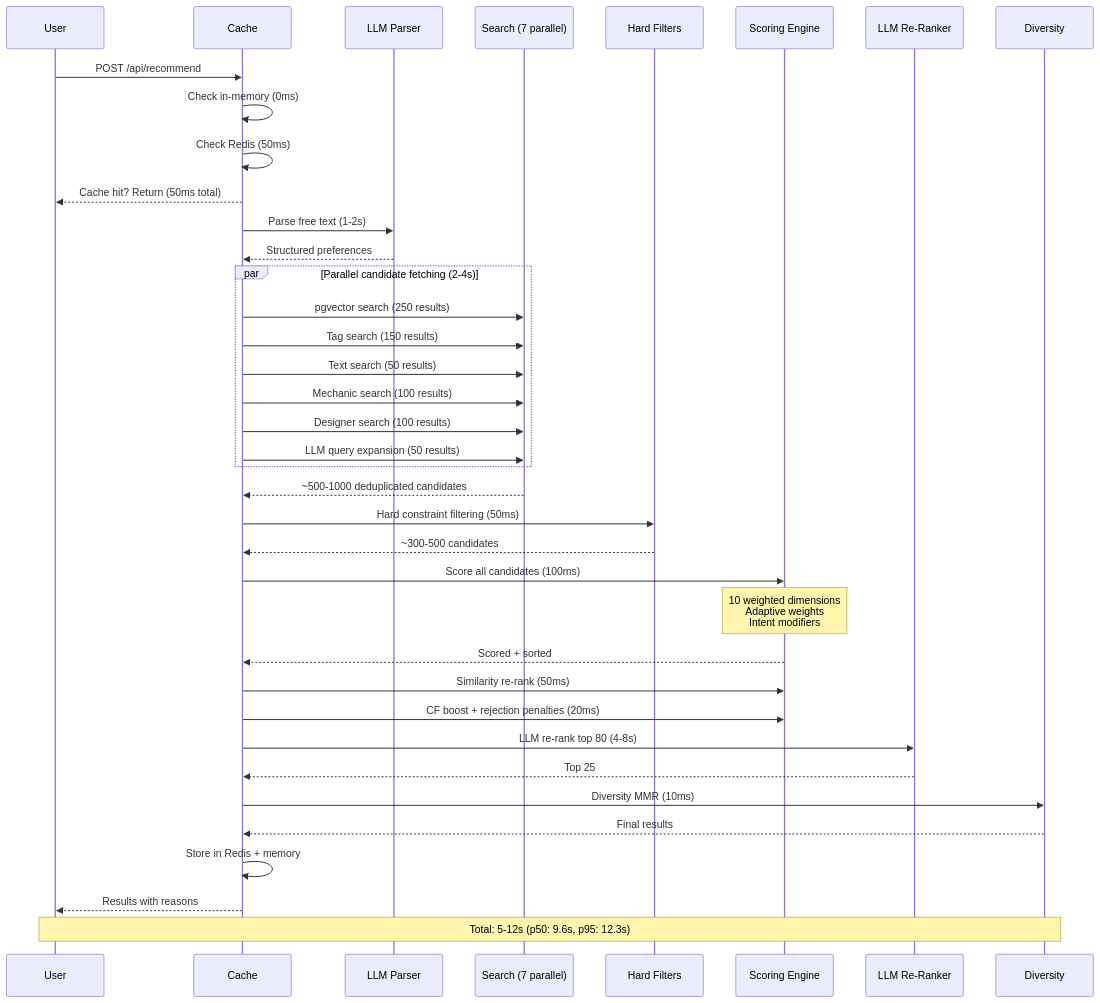
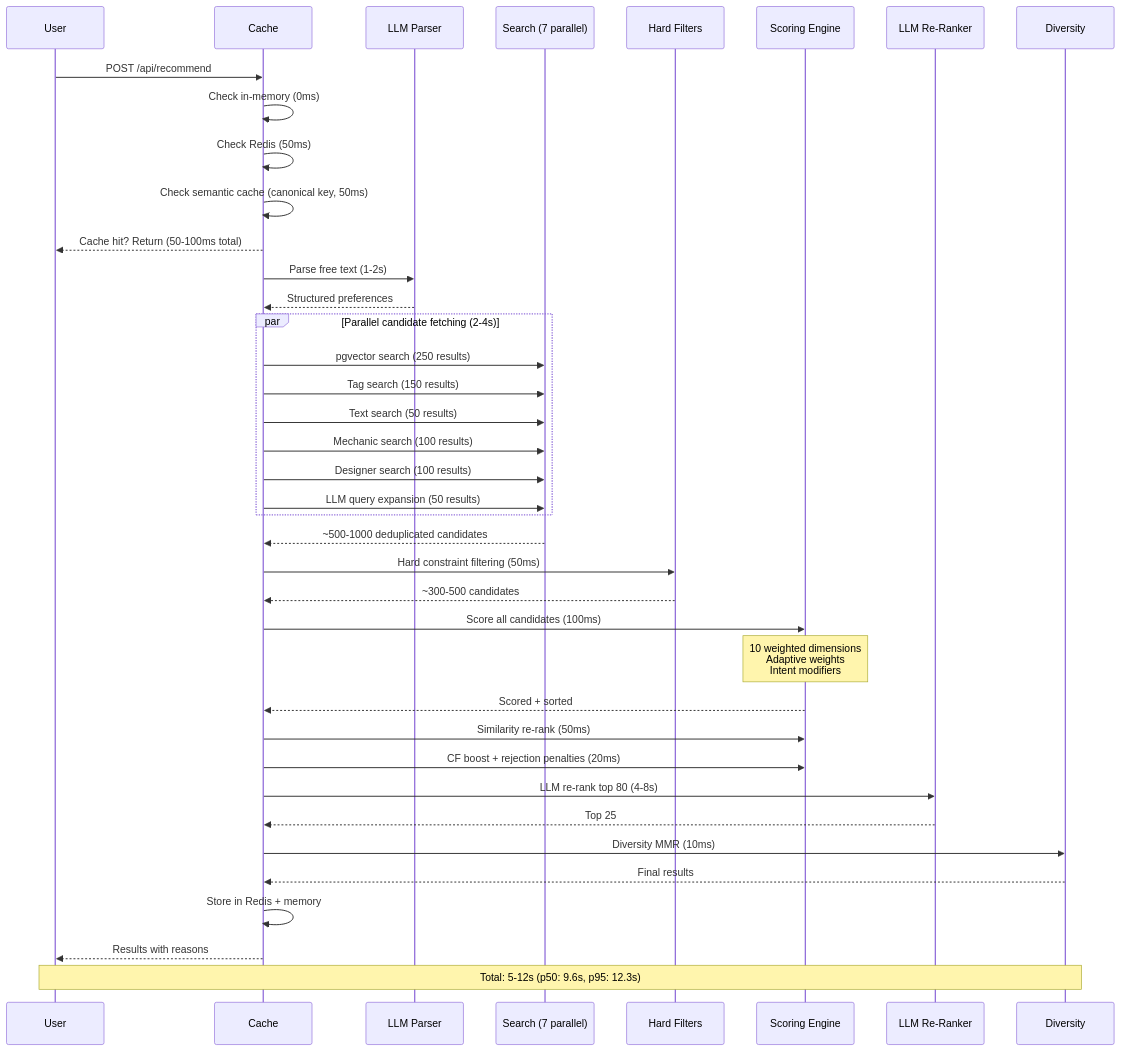
Before and after one commit to stopitdan/recommendagame: the second of 11 diagrams in docs/HACKMD-REVIEW.md, drawn with Mermaid. The commit also changed other lines of this file and 11 other files, not shown here.

````diff
--- a/docs/HACKMD-REVIEW.md
+++ b/docs/HACKMD-REVIEW.md
@@ -129,49 +132,50 @@
 ```mermaid
 sequenceDiagram
     participant U as User
     participant C as Cache
     participant L as LLM Parser
     participant S as Search (7 parallel)
     participant F as Hard Filters
     participant SC as Scoring Engine
     participant R as LLM Re-Ranker
     participant D as Diversity
 
     U->>C: POST /api/recommend
     C->>C: Check in-memory (0ms)
     C->>C: Check Redis (50ms)
-    C-->>U: Cache hit? Return (50ms total)
+    C->>C: Check semantic cache (canonical key, 50ms)
+    C-->>U: Cache hit? Return (50-100ms total)
 
     C->>L: Parse free text (1-2s)
     L-->>C: Structured preferences
 
     par Parallel candidate fetching (2-4s)
         C->>S: pgvector search (250 results)
         C->>S: Tag search (150 results)
         C->>S: Text search (50 results)
         C->>S: Mechanic search (100 results)
         C->>S: Designer search (100 results)
         C->>S: LLM query expansion (50 results)
     end
     S-->>C: ~500-1000 deduplicated candidates
 
     C->>F: Hard constraint filtering (50ms)
     F-->>C: ~300-500 candidates
 
     C->>SC: Score all candidates (100ms)
     Note over SC: 10 weighted dimensions<br/>Adaptive weights<br/>Intent modifiers
 
     SC-->>C: Scored + sorted
 
     C->>SC: Similarity re-rank (50ms)
     C->>SC: CF boost + rejection penalties (20ms)
     C->>R: LLM re-rank top 80 (4-8s)
     R-->>C: Top 25
     C->>D: Diversity MMR (10ms)
     D-->>C: Final results
 
     C->>C: Store in Redis + memory
     C-->>U: Results with reasons
 
     Note over U,D: Total: 5-12s (p50: 9.6s, p95: 12.3s)
 ```
````
